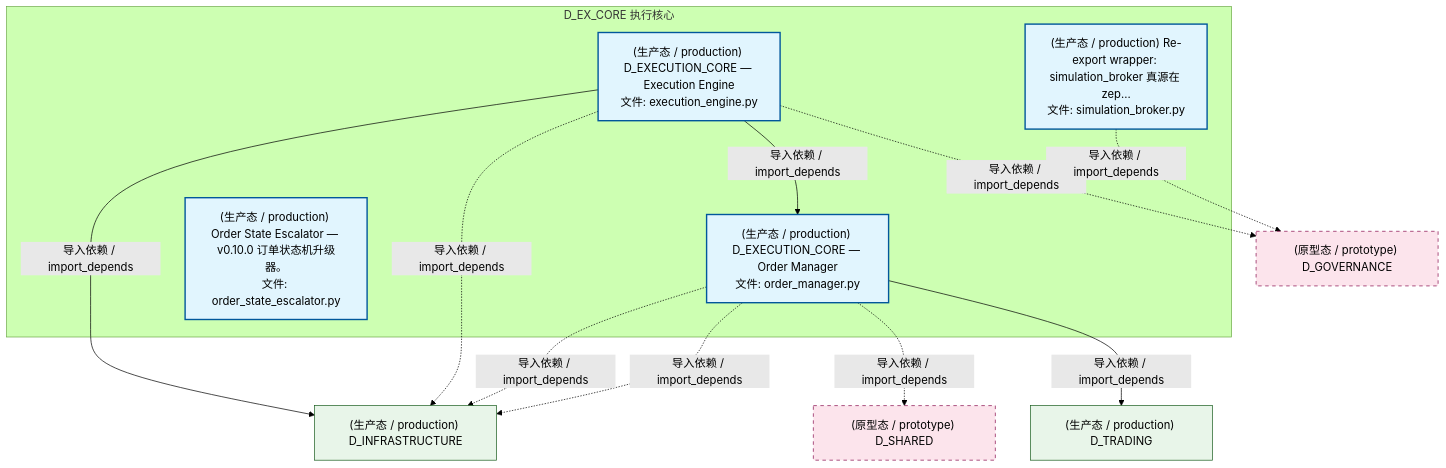
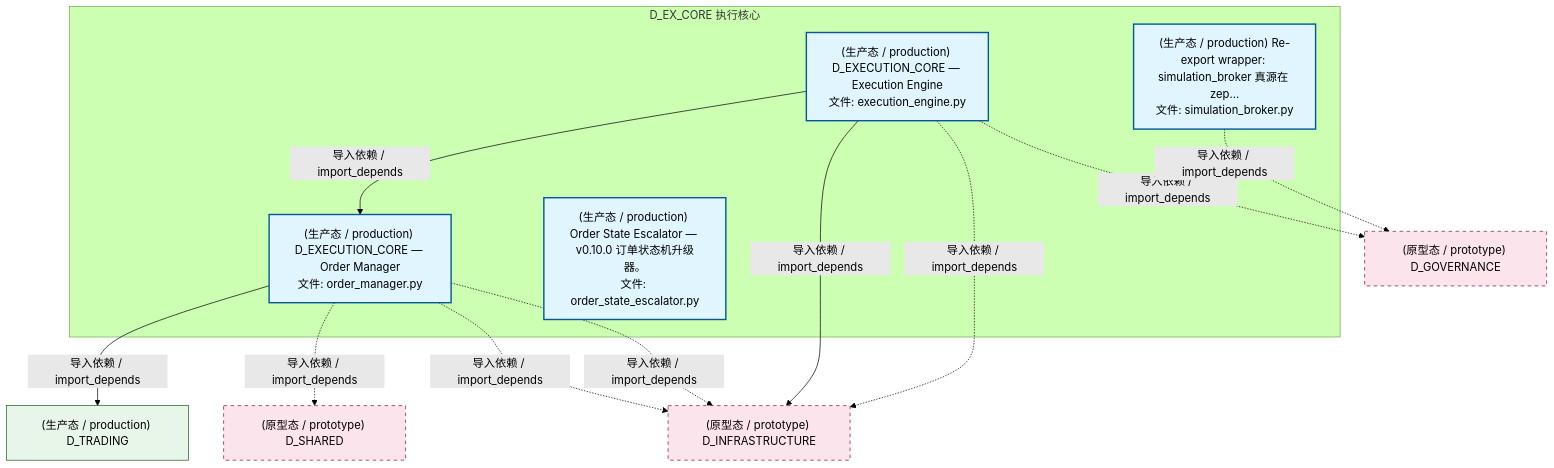
Before and after one commit to xuanFelixVan/ZephyrAlpha: the second of 5 diagrams in docs/02_enterprise_architecture/02_domain_architecture_docs/34_d_ex_core.md, drawn with Mermaid (forest theme). The commit also changed 89 other files, not shown here.

````diff
--- a/docs/02_enterprise_architecture/02_domain_architecture_docs/34_d_ex_core.md
+++ b/docs/02_enterprise_architecture/02_domain_architecture_docs/34_d_ex_core.md
@@ -126,29 +126,29 @@
 ```mermaid
 graph TD
     subgraph D_EX_CORE["D_EX_CORE 执行核心"]
         src_zephyr_ex_core_adapters_simulation_broker_py["(生产态 / production) Re-export wrapper: simulation_broker 真源在 zep...<br/>文件: simulation_broker.py"]
         src_zephyr_ex_core_execution_engine_py["(生产态 / production) D_EXECUTION_CORE — Execution Engine<br/>文件: execution_engine.py"]
         src_zephyr_ex_core_order_manager_py["(生产态 / production) D_EXECUTION_CORE — Order Manager<br/>文件: order_manager.py"]
         src_zephyr_governance_escalation_order_state_escalator_py["(生产态 / production) Order State Escalator — v0.10.0 订单状态机升级器。<br/>文件: order_state_escalator.py"]
     end
     src_zephyr_ex_core_execution_engine_py -->|导入依赖 / import_depends| src_zephyr_ex_core_order_manager_py
-    D_INFRASTRUCTURE["(生产态 / production) D_INFRASTRUCTURE"]
+    D_TRADING["(生产态 / production) D_TRADING"]
+    src_zephyr_ex_core_order_manager_py -->|导入依赖 / import_depends| D_TRADING
+    D_SHARED["(原型态 / prototype) D_SHARED"]
+    src_zephyr_ex_core_order_manager_py -.->|导入依赖 / import_depends| D_SHARED
+    D_INFRASTRUCTURE["(原型态 / prototype) D_INFRASTRUCTURE"]
+    src_zephyr_ex_core_order_manager_py -.->|导入依赖 / import_depends| D_INFRASTRUCTURE
+    src_zephyr_ex_core_order_manager_py -.->|导入依赖 / import_depends| D_INFRASTRUCTURE
     src_zephyr_ex_core_execution_engine_py -->|导入依赖 / import_depends| D_INFRASTRUCTURE
     D_GOVERNANCE["(原型态 / prototype) D_GOVERNANCE"]
     src_zephyr_ex_core_execution_engine_py -.->|导入依赖 / import_depends| D_GOVERNANCE
     src_zephyr_ex_core_execution_engine_py -.->|导入依赖 / import_depends| D_INFRASTRUCTURE
-    D_TRADING["(生产态 / production) D_TRADING"]
-    src_zephyr_ex_core_order_manager_py -->|导入依赖 / import_depends| D_TRADING
-    D_SHARED["(原型态 / prototype) D_SHARED"]
-    src_zephyr_ex_core_order_manager_py -.->|导入依赖 / import_depends| D_SHARED
-    src_zephyr_ex_core_order_manager_py -.->|导入依赖 / import_depends| D_INFRASTRUCTURE
-    src_zephyr_ex_core_order_manager_py -.->|导入依赖 / import_depends| D_INFRASTRUCTURE
     src_zephyr_ex_core_adapters_simulation_broker_py -.->|导入依赖 / import_depends| D_GOVERNANCE
     classDef production fill:#e1f5fe,stroke:#01579b,stroke-width:2px,color:#000
     classDef design fill:#fff3e0,stroke:#e65100,stroke-width:2px,color:#000,stroke-dasharray: 5 5
     classDef external_prod fill:#e8f5e9,stroke:#1b5e20,stroke-width:1px,color:#000
     classDef external_design fill:#fce4ec,stroke:#880e4f,stroke-width:1px,color:#000,stroke-dasharray: 5 5
     class src_zephyr_ex_core_adapters_simulation_broker_py,src_zephyr_ex_core_execution_engine_py,src_zephyr_ex_core_order_manager_py,src_zephyr_governance_escalation_order_state_escalator_py production
-    class D_INFRASTRUCTURE,D_TRADING external_prod
-    class D_GOVERNANCE,D_SHARED external_design
+    class D_TRADING external_prod
+    class D_SHARED,D_INFRASTRUCTURE,D_GOVERNANCE external_design
 ```
````
